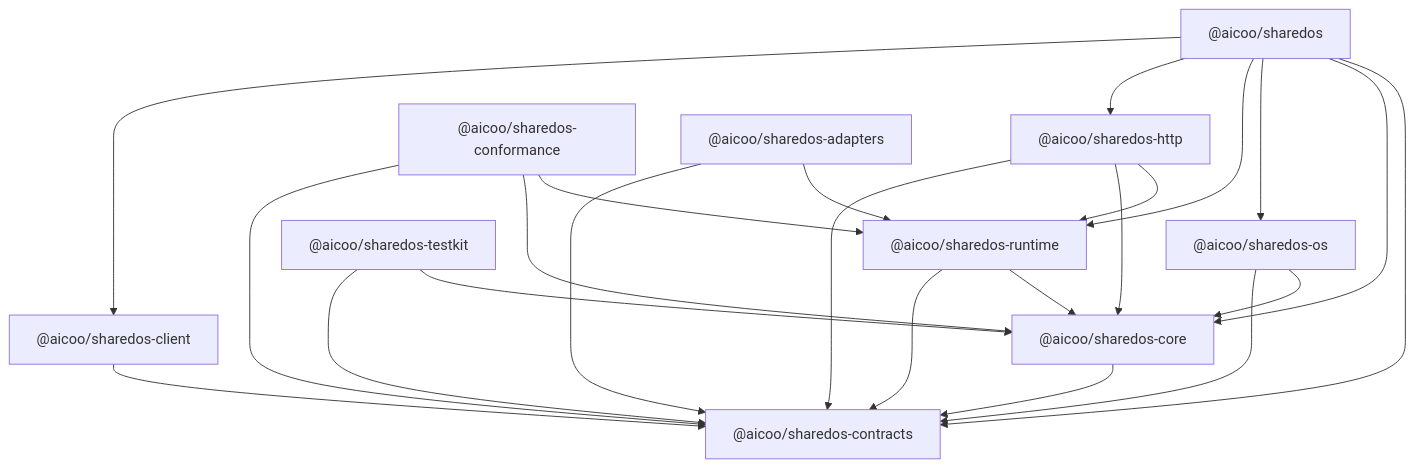
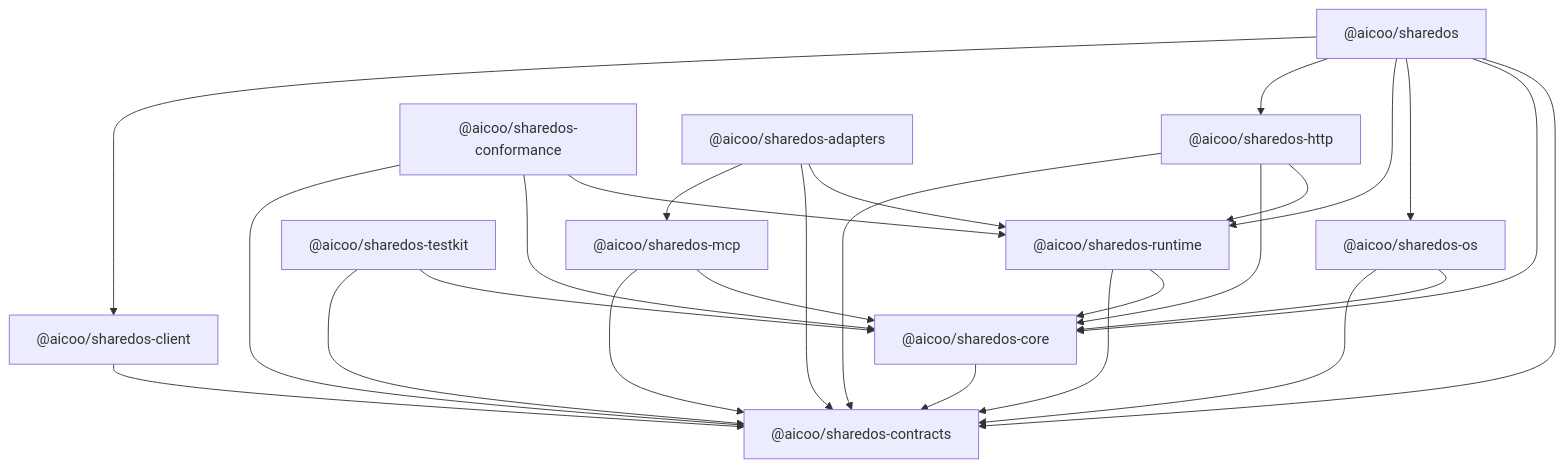
One commit to Aicoo-Team/SharedOS changed the first of 2 diagrams in docs/architecture.md. Above: the diagram before and after it, drawn with Mermaid. The commit also changed other lines of this file and 39 other files, not shown here.

````diff
--- a/docs/architecture.md
+++ b/docs/architecture.md
@@ -36,26 +36,29 @@
 ```mermaid
 flowchart TD
   CT["@aicoo/sharedos-contracts"]
   CO["@aicoo/sharedos-core"] --> CT
   OS["@aicoo/sharedos-os"] --> CO
   OS --> CT
   RT["@aicoo/sharedos-runtime"] --> CO
   RT --> CT
   HT["@aicoo/sharedos-http"] --> RT
   HT --> CO
   HT --> CT
   CL["@aicoo/sharedos-client"] --> CT
   SDK["@aicoo/sharedos"] --> CT
   SDK --> CO
   SDK --> OS
   SDK --> RT
   SDK --> HT
   SDK --> CL
   TK["@aicoo/sharedos-testkit"] --> CO
   TK --> CT
   CF["@aicoo/sharedos-conformance"] --> RT
   CF --> CO
   CF --> CT
   AD["@aicoo/sharedos-adapters"] --> RT
   AD --> CT
+  AD --> MCP
+  MCP["@aicoo/sharedos-mcp"] --> CO
+  MCP --> CT
 ```
````
